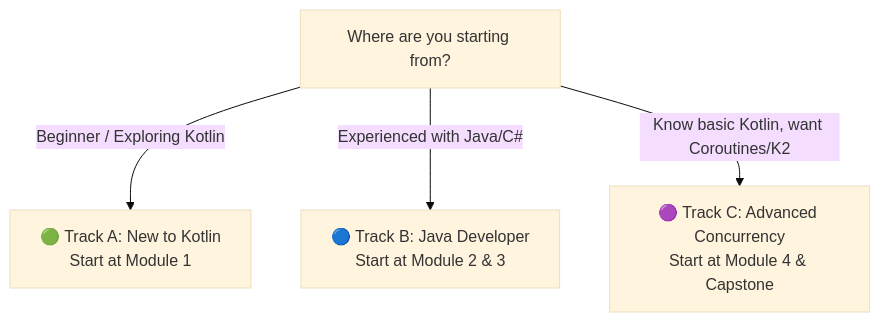
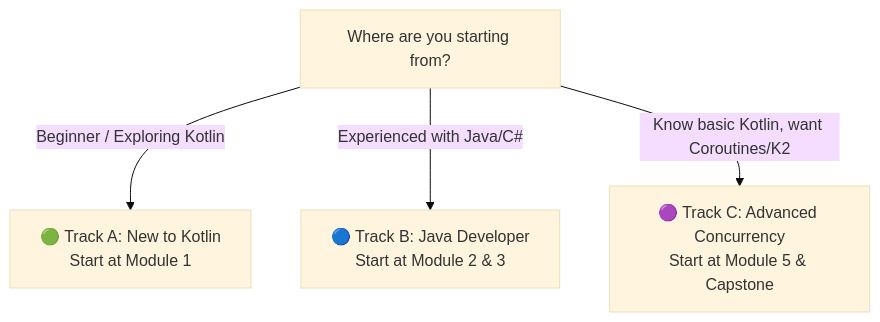
The diagram in docs/LEARNING_GUIDE.md (toptoppy/okkotlin), drawn with Mermaid (base theme) before and after one commit. The commit also changed other lines of this file and 7 other files, not shown here.

````diff
--- a/docs/LEARNING_GUIDE.md
+++ b/docs/LEARNING_GUIDE.md
@@ -9,12 +9,12 @@
 ```mermaid
 flowchart TD
     Start["Where are you starting from?"]
 
     TrackA["🟢 Track A: New to Kotlin<br>Start at Module 1"]
     TrackB["🔵 Track B: Java Developer<br>Start at Module 2 & 3"]
-    TrackC["🟣 Track C: Advanced Concurrency<br>Start at Module 4 & Capstone"]
+    TrackC["🟣 Track C: Advanced Concurrency<br>Start at Module 5 & Capstone"]
 
     Start -->|Beginner / Exploring Kotlin| TrackA
     Start -->|Experienced with Java/C#| TrackB
     Start -->|Know basic Kotlin, want Coroutines/K2| TrackC
 ```
````
